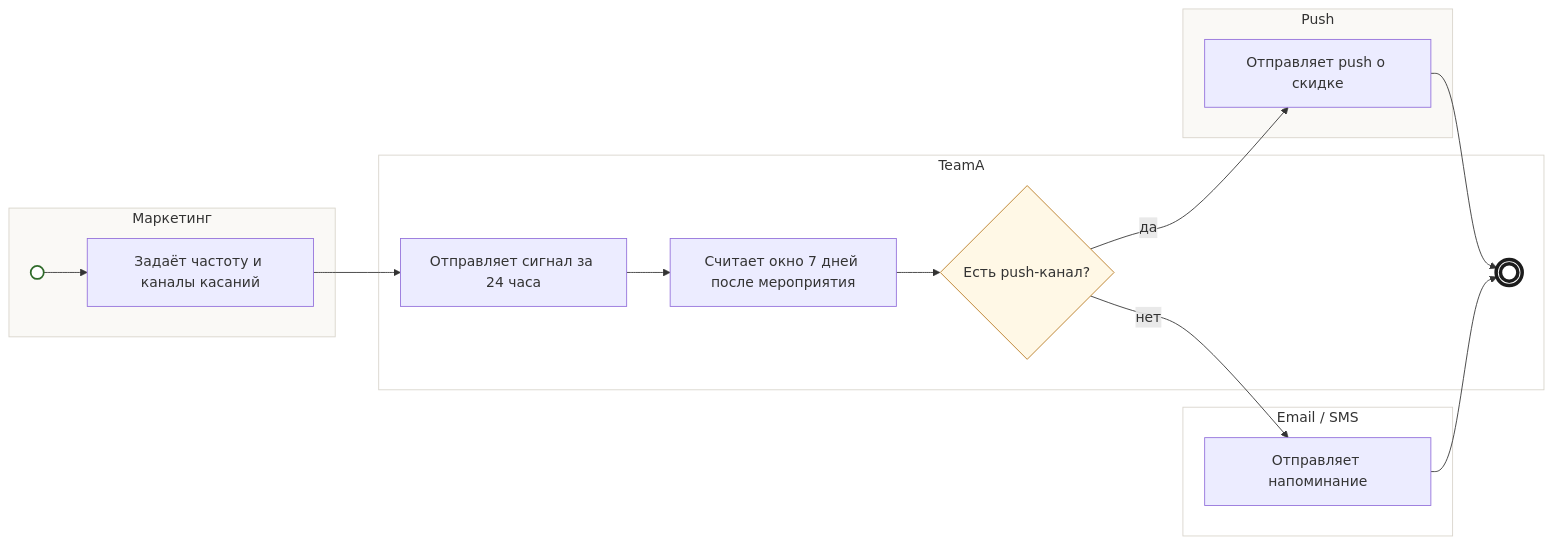
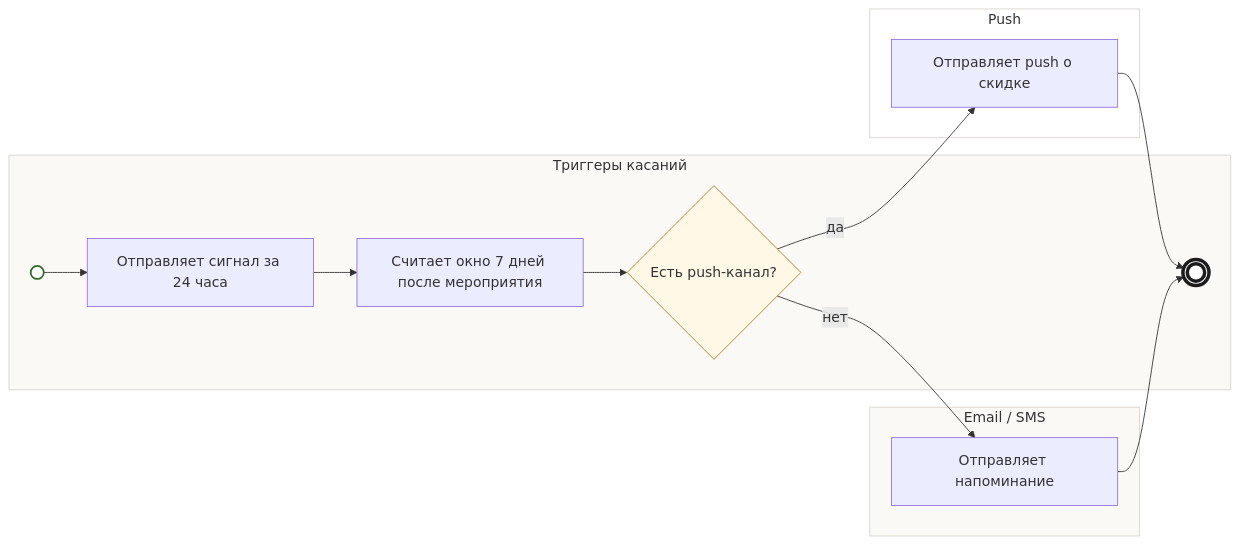
Before and after one commit to po-helper-org/poh-blueprint-writer: the diagram in skills/bft-blueprint/examples/dineclub-restart-blueprint/backlog/tasks/bp-12.2 - По-дате-мероприятия-срабатывают-касания-за-24-ч-и-в-окне-7-дней.md, drawn with Mermaid. The commit also changed other lines of this file and 32 other files, not shown here.

````diff
--- a/skills/bft-blueprint/examples/dineclub-restart-blueprint/backlog/tasks/bp-12.2 - По-дате-мероприятия-срабатывают-касания-за-24-ч-и-в-окне-7-дней.md
+++ b/skills/bft-blueprint/examples/dineclub-restart-blueprint/backlog/tasks/bp-12.2 - По-дате-мероприятия-срабатывают-касания-за-24-ч-и-в-окне-7-дней.md
@@ -40,38 +39,33 @@
 ```mermaid
 flowchart LR
-  subgraph L1["Маркетинг"]
+  subgraph L1["Триггеры касаний"]
     S((" "))
-    N1["Задаёт частоту и каналы касаний"]
-  end
-  subgraph L2["TeamA"]
-    N2["Отправляет сигнал за 24 часа"]
-    N3["Считает окно 7 дней после мероприятия"]
-    G4{"Есть push-канал?"}
+    N1["Отправляет сигнал за 24 часа"]
+    N2["Считает окно 7 дней после мероприятия"]
+    G3{"Есть push-канал?"}
     E(((" ")))
   end
-  subgraph L3["Push"]
-    N5["Отправляет push о скидке"]
+  subgraph L2["Push"]
+    N4["Отправляет push о скидке"]
   end
-  subgraph L4["Email / SMS"]
-    N6["Отправляет напоминание"]
+  subgraph L3["Email / SMS"]
+    N5["Отправляет напоминание"]
   end
   S --> N1
   N1 --> N2
-  N2 --> N3
-  N3 --> G4
-  G4 -- да --> N5
-  G4 -- нет --> N6
+  N2 --> G3
+  G3 -- да --> N4
+  G3 -- нет --> N5
+  N4 --> E
   N5 --> E
-  N6 --> E
   classDef start fill:#fff,stroke:#2f6b2a,stroke-width:2px
   classDef stop fill:#fff,stroke:#1c1c1c,stroke-width:4px
   classDef gw fill:#fff8e6,stroke:#b7791f
   classDef ask color:#c0392b,stroke:#c0392b
   class S start
   class E stop
-  class G4 gw
+  class G3 gw
   style L1 fill:#faf9f6,stroke:#d8d4cb
   style L2 fill:#ffffff,stroke:#d8d4cb
   style L3 fill:#faf9f6,stroke:#d8d4cb
-  style L4 fill:#ffffff,stroke:#d8d4cb
 ```
````
